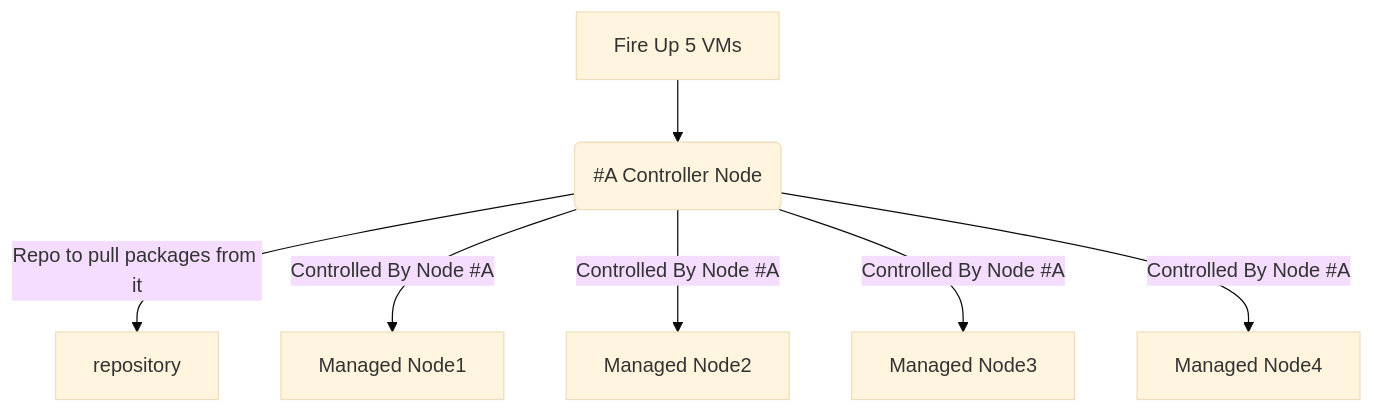
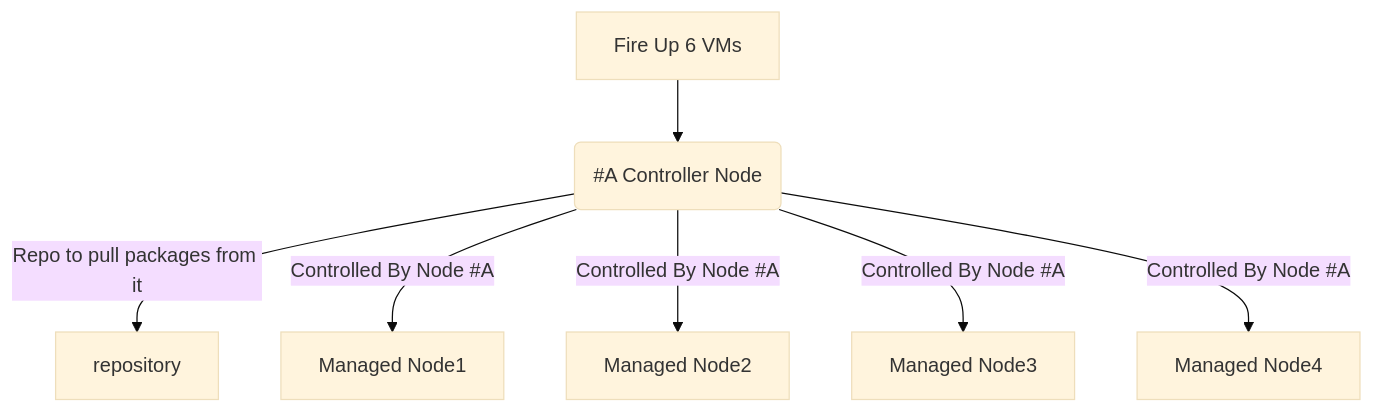
The diagram in Exam-Questions/README.md (Abdulhamid97Mousa/RHCE-EX294), drawn with Mermaid (base theme) before and after one commit. The commit also changed other lines of this file, not shown here.

````diff
--- a/Exam-Questions/README.md
+++ b/Exam-Questions/README.md
@@ -23,9 +23,9 @@
 ```mermaid
 flowchart TD;
-    A[Fire Up 5 VMs] --> B(#A Controller Node);
+    A[Fire Up 6 VMs] --> B(#A Controller Node);
     B -- Repo to pull packages from it --> Z[repository];
     B -- Controlled By Node #A --> C[Managed Node1];
     B -- Controlled By Node #A --> D[Managed Node2];
     B -- Controlled By Node #A --> E[Managed Node3];
     B -- Controlled By Node #A --> F[Managed Node4];
 ```
````
